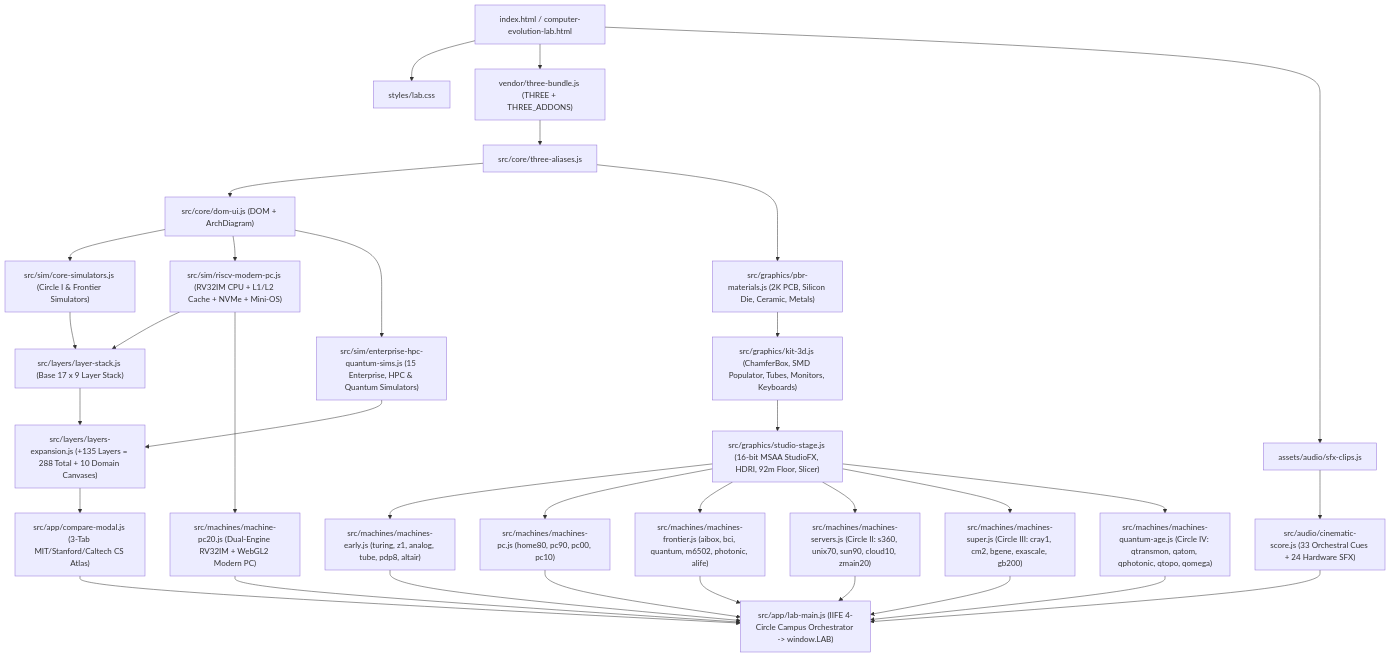
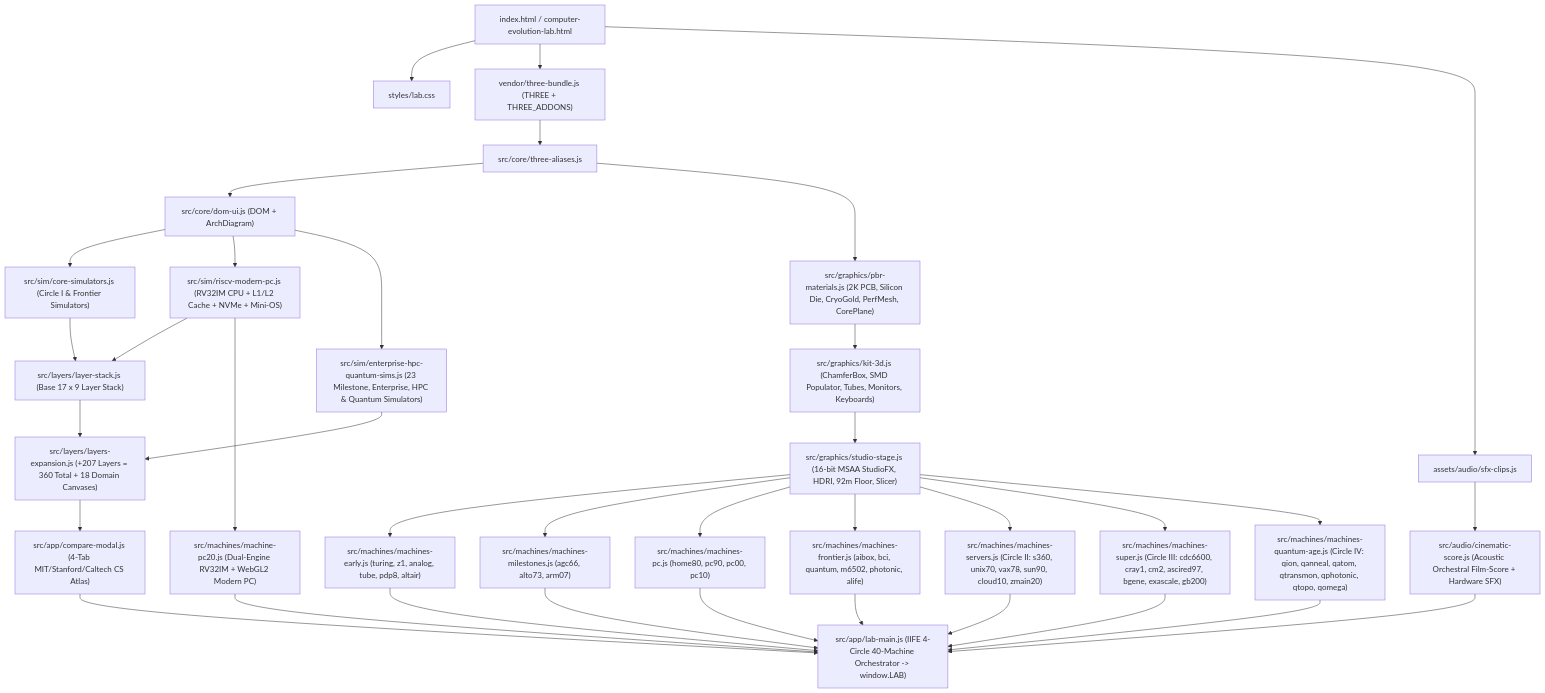
Before and after one commit to 0thernes/computer-evolution-lab: the diagram in docs/ARCHITECTURE.md, drawn with Mermaid. The commit also changed other lines of this file and 24 other files, not shown here.

Commit message:
feat: v4.0.0 — 40 operational computers across 4 Grand Circles, 360 layers, 8 quantum modalities & orchestral film score

````diff
--- a/docs/ARCHITECTURE.md
+++ b/docs/ARCHITECTURE.md
@@ -7,36 +7,38 @@
 ```mermaid
 flowchart TD
   HTML["index.html / computer-evolution-lab.html"] --> CSS["styles/lab.css"]
   HTML --> VENDOR["vendor/three-bundle.js (THREE + THREE_ADDONS)"]
   VENDOR --> ALIAS["src/core/three-aliases.js"]
   ALIAS --> DOM["src/core/dom-ui.js (DOM + ArchDiagram)"]
-  ALIAS --> PBR["src/graphics/pbr-materials.js (2K PCB, Silicon Die, Ceramic, Metals)"]
+  ALIAS --> PBR["src/graphics/pbr-materials.js (2K PCB, Silicon Die, CryoGold, PerfMesh, CorePlane)"]
   PBR --> KIT["src/graphics/kit-3d.js (ChamferBox, SMD Populator, Tubes, Monitors, Keyboards)"]
   KIT --> STAGE["src/graphics/studio-stage.js (16-bit MSAA StudioFX, HDRI, 92m Floor, Slicer)"]
   DOM --> SIM["src/sim/core-simulators.js (Circle I & Frontier Simulators)"]
   DOM --> RV32["src/sim/riscv-modern-pc.js (RV32IM CPU + L1/L2 Cache + NVMe + Mini-OS)"]
-  DOM --> EXP_SIM["src/sim/enterprise-hpc-quantum-sims.js (15 Enterprise, HPC & Quantum Simulators)"]
+  DOM --> EXP_SIM["src/sim/enterprise-hpc-quantum-sims.js (23 Milestone, Enterprise, HPC & Quantum Simulators)"]
   SIM --> LAYERS["src/layers/layer-stack.js (Base 17 x 9 Layer Stack)"]
   RV32 --> LAYERS
-  EXP_SIM --> LAYERS_EXP["src/layers/layers-expansion.js (+135 Layers = 288 Total + 10 Domain Canvases)"]
+  EXP_SIM --> LAYERS_EXP["src/layers/layers-expansion.js (+207 Layers = 360 Total + 18 Domain Canvases)"]
   LAYERS --> LAYERS_EXP
-  LAYERS_EXP --> CMP["src/app/compare-modal.js (3-Tab MIT/Stanford/Caltech CS Atlas)"]
+  LAYERS_EXP --> CMP["src/app/compare-modal.js (4-Tab MIT/Stanford/Caltech CS Atlas)"]
   HTML --> SFX["assets/audio/sfx-clips.js"]
-  SFX --> AUDIO["src/audio/cinematic-score.js (33 Orchestral Cues + 24 Hardware SFX)"]
+  SFX --> AUDIO["src/audio/cinematic-score.js (Acoustic Orchestral Film-Score + Hardware SFX)"]
   STAGE --> M1["src/machines/machines-early.js (turing, z1, analog, tube, pdp8, altair)"]
+  STAGE --> M1B["src/machines/machines-milestones.js (agc66, alto73, arm07)"]
   STAGE --> M2["src/machines/machines-pc.js (home80, pc90, pc00, pc10)"]
   RV32 --> M3["src/machines/machine-pc20.js (Dual-Engine RV32IM + WebGL2 Modern PC)"]
   STAGE --> M4["src/machines/machines-frontier.js (aibox, bci, quantum, m6502, photonic, alife)"]
-  STAGE --> M5["src/machines/machines-servers.js (Circle II: s360, unix70, sun90, cloud10, zmain20)"]
-  STAGE --> M6["src/machines/machines-super.js (Circle III: cray1, cm2, bgene, exascale, gb200)"]
-  STAGE --> M7["src/machines/machines-quantum-age.js (Circle IV: qtransmon, qatom, qphotonic, qtopo, qomega)"]
-  M1 --> MAIN["src/app/lab-main.js (IIFE 4-Circle Campus Orchestrator -> window.LAB)"]
+  STAGE --> M5["src/machines/machines-servers.js (Circle II: s360, unix70, vax78, sun90, cloud10, zmain20)"]
+  STAGE --> M6["src/machines/machines-super.js (Circle III: cdc6600, cray1, cm2, ascired97, bgene, exascale, gb200)"]
+  STAGE --> M7["src/machines/machines-quantum-age.js (Circle IV: qion, qanneal, qatom, qtransmon, qphotonic, qtopo, qomega)"]
+  M1 --> MAIN["src/app/lab-main.js (IIFE 4-Circle 40-Machine Orchestrator -> window.LAB)"]
+  M1B --> MAIN
   M2 --> MAIN
   M3 --> MAIN
   M4 --> MAIN
   M5 --> MAIN
   M6 --> MAIN
   M7 --> MAIN
   AUDIO --> MAIN
   CMP --> MAIN
 ```
````
